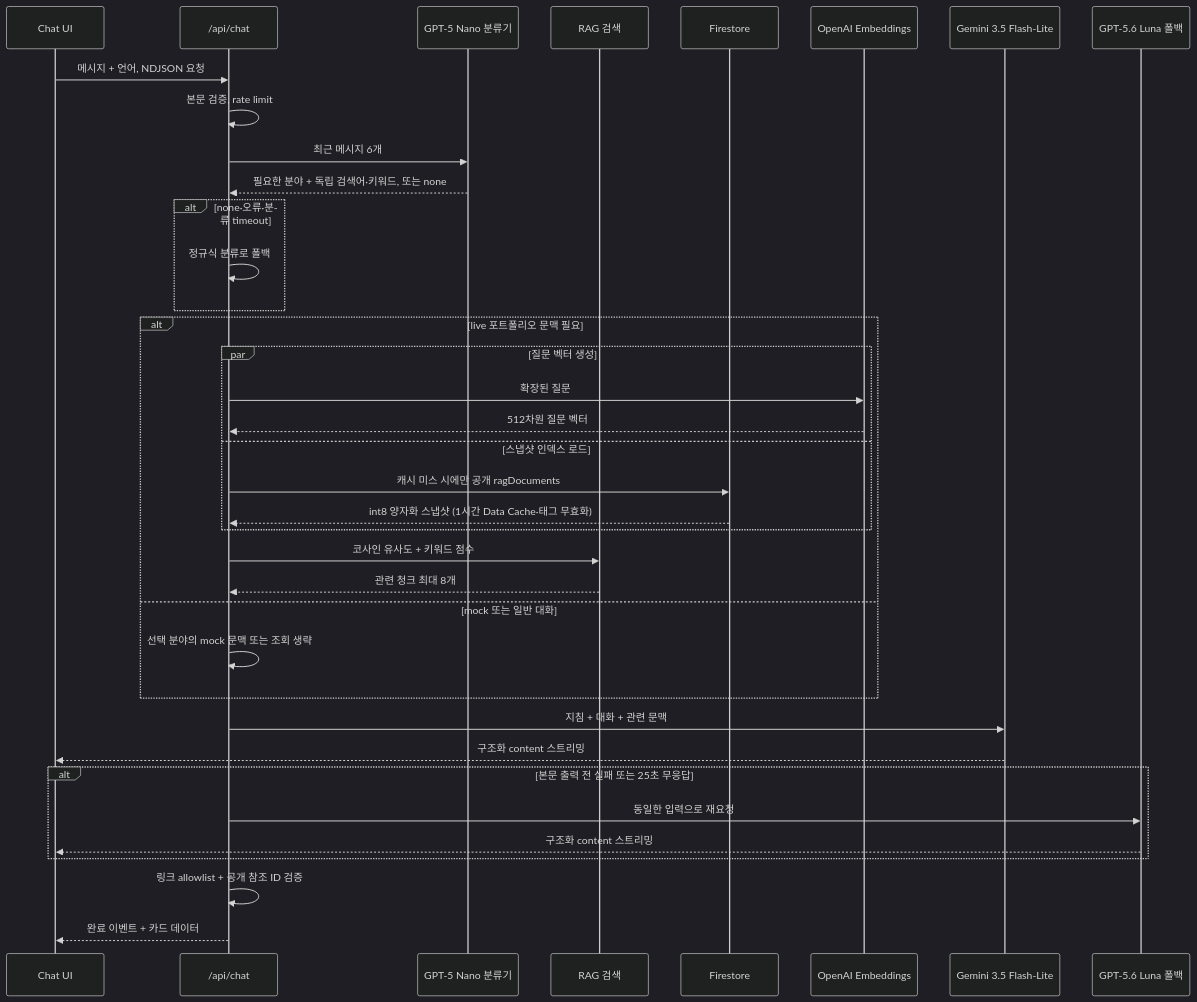
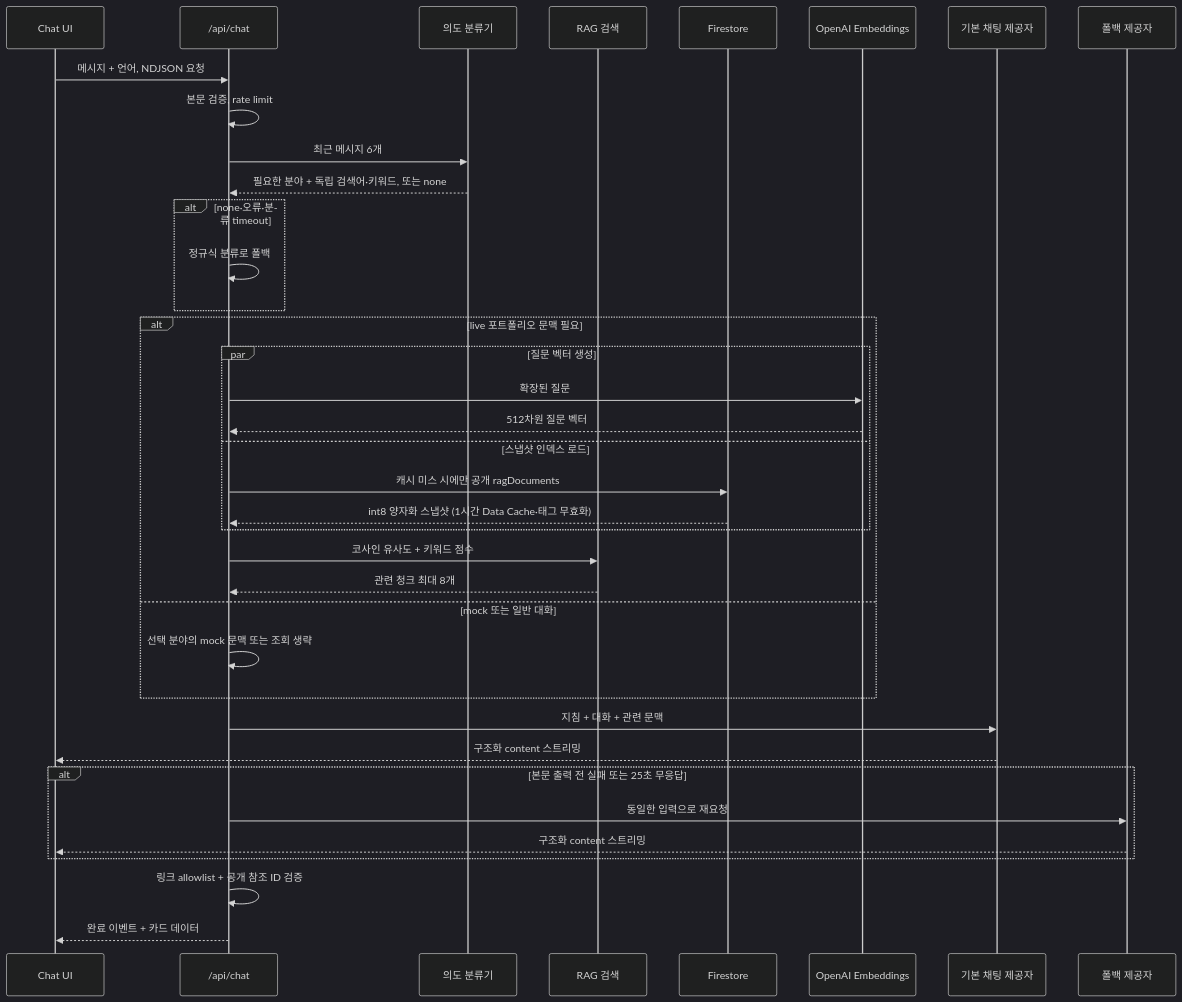
One commit to SJLee-0525/aperture changed the second of 5 diagrams in docs/chatbot-search-architecture.md. Above: the diagram before and after it, drawn with Mermaid (dark theme). The commit also changed other lines of this file and 16 other files, not shown here.

````diff
--- a/docs/chatbot-search-architecture.md
+++ b/docs/chatbot-search-architecture.md
@@ -83,40 +83,40 @@
 ```mermaid
 sequenceDiagram
     participant UI as Chat UI
     participant API as /api/chat
-    participant N as GPT-5 Nano 분류기
+    participant N as 의도 분류기
     participant RAG as RAG 검색
     participant FS as Firestore
     participant EMB as OpenAI Embeddings
-    participant P as Gemini 3.5 Flash-Lite
-    participant O as GPT-5.6 Luna 폴백
+    participant P as 기본 채팅 제공자
+    participant O as 폴백 제공자
 
     UI->>API: 메시지 + 언어, NDJSON 요청
     API->>API: 본문 검증, rate limit
     API->>N: 최근 메시지 6개
     N-->>API: 필요한 분야 + 독립 검색어·키워드, 또는 none
     alt none·오류·분류 timeout
         API->>API: 정규식 분류로 폴백
     end
     alt live 포트폴리오 문맥 필요
         par 질문 벡터 생성
             API->>EMB: 확장된 질문
             EMB-->>API: 512차원 질문 벡터
         and 스냅샷 인덱스 로드
             API->>FS: 캐시 미스 시에만 공개 ragDocuments
             FS-->>API: int8 양자화 스냅샷 (1시간 Data Cache·태그 무효화)
         end
         API->>RAG: 코사인 유사도 + 키워드 점수
         RAG-->>API: 관련 청크 최대 8개
     else mock 또는 일반 대화
         API->>API: 선택 분야의 mock 문맥 또는 조회 생략
     end
     API->>P: 지침 + 대화 + 관련 문맥
     P-->>UI: 구조화 content 스트리밍
     alt 본문 출력 전 실패 또는 25초 무응답
         API->>O: 동일한 입력으로 재요청
         O-->>UI: 구조화 content 스트리밍
     end
     API->>API: 링크 allowlist + 공개 참조 ID 검증
     API-->>UI: 완료 이벤트 + 카드 데이터
 ```
````
